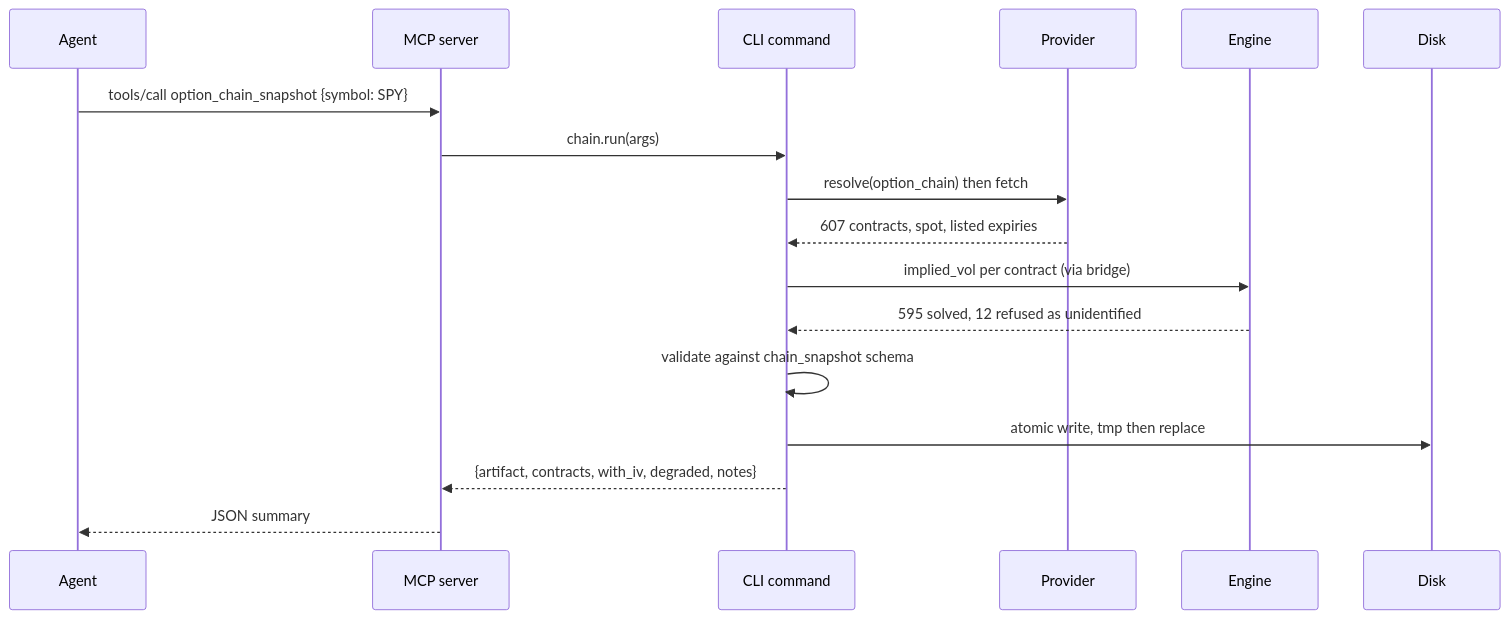
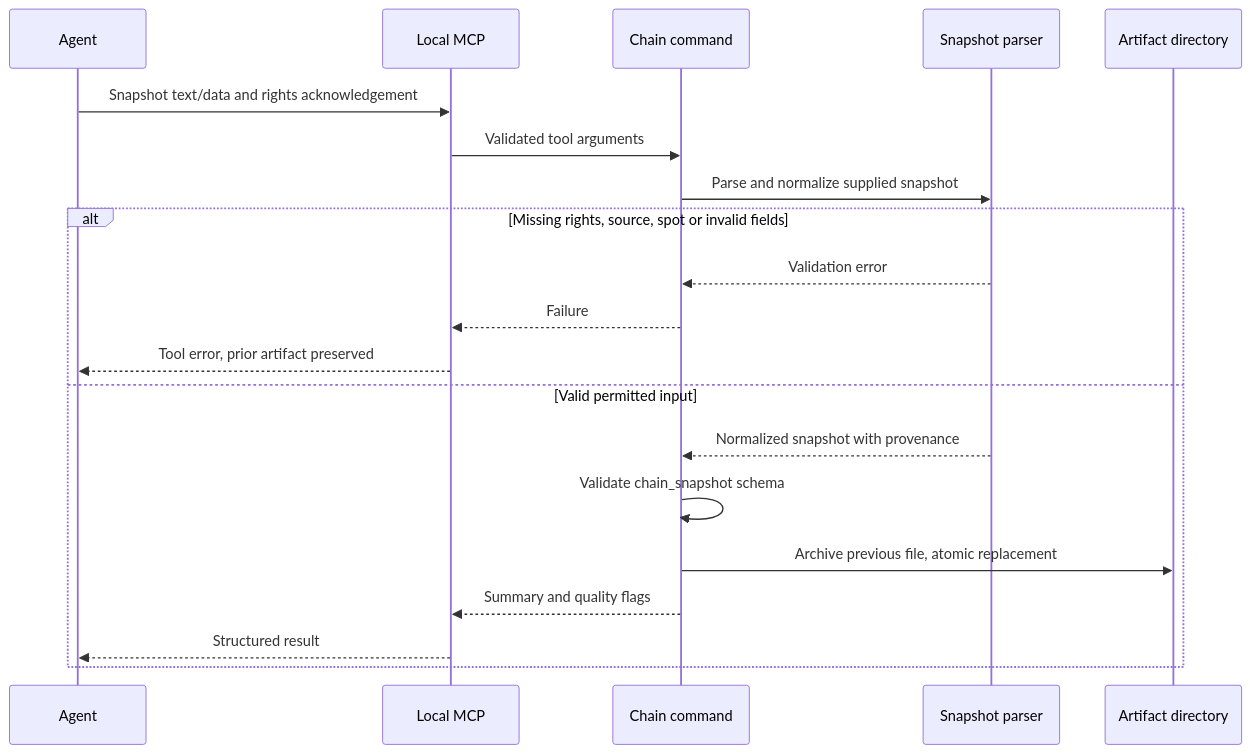
Before and after one commit to Iman/agent-driven-options-desk-and-skills: the fifth of 9 diagrams in docs/wiki/Architecture.md, drawn with Mermaid. The commit also changed other lines of this file and 51 other files, not shown here.

Commit message:
Refresh architecture diagrams and document the research algorithm

````diff
--- a/docs/wiki/Architecture.md
+++ b/docs/wiki/Architecture.md
@@ -199,20 +164,22 @@
 ```mermaid
 sequenceDiagram
     participant A as Agent
-    participant M as MCP server
-    participant C as CLI command
-    participant P as Provider
-    participant E as Engine
-    participant D as Disk
-
-    A->>M: tools/call option_chain_snapshot {symbol: SPY}
-    M->>C: chain.run(args)
-    C->>P: resolve(option_chain) then fetch
-    P-->>C: 607 contracts, spot, listed expiries
-    C->>E: implied_vol per contract (via bridge)
-    E-->>C: 595 solved, 12 refused as unidentified
-    C->>C: validate against chain_snapshot schema
-    C->>D: atomic write, tmp then replace
-    C-->>M: {artifact, contracts, with_iv, degraded, notes}
-    M-->>A: JSON summary
+    participant M as Local MCP
+    participant C as Chain command
+    participant P as Snapshot parser
+    participant D as Artifact directory
+    A->>M: Snapshot text/data and rights acknowledgement
+    M->>C: Validated tool arguments
+    C->>P: Parse and normalize supplied snapshot
+    alt Missing rights, source, spot or invalid fields
+        P-->>C: Validation error
+        C-->>M: Failure
+        M-->>A: Tool error, prior artifact preserved
+    else Valid permitted input
+        P-->>C: Normalized snapshot with provenance
+        C->>C: Validate chain_snapshot schema
+        C->>D: Archive previous file, atomic replacement
+        C-->>M: Summary and quality flags
+        M-->>A: Structured result
+    end
 ```
````
